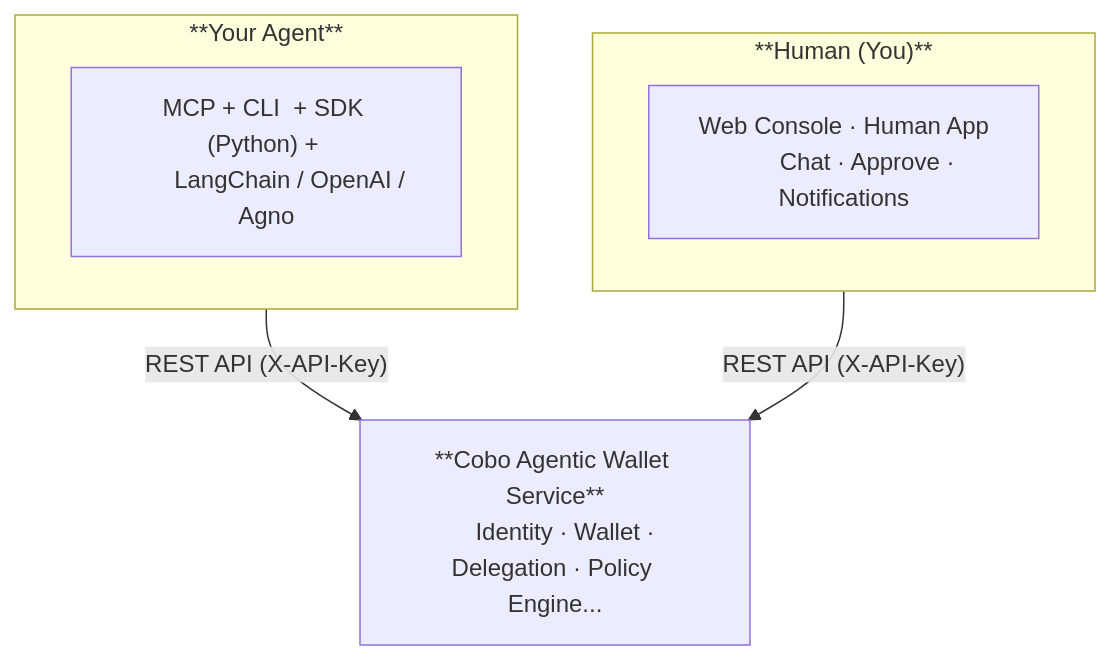
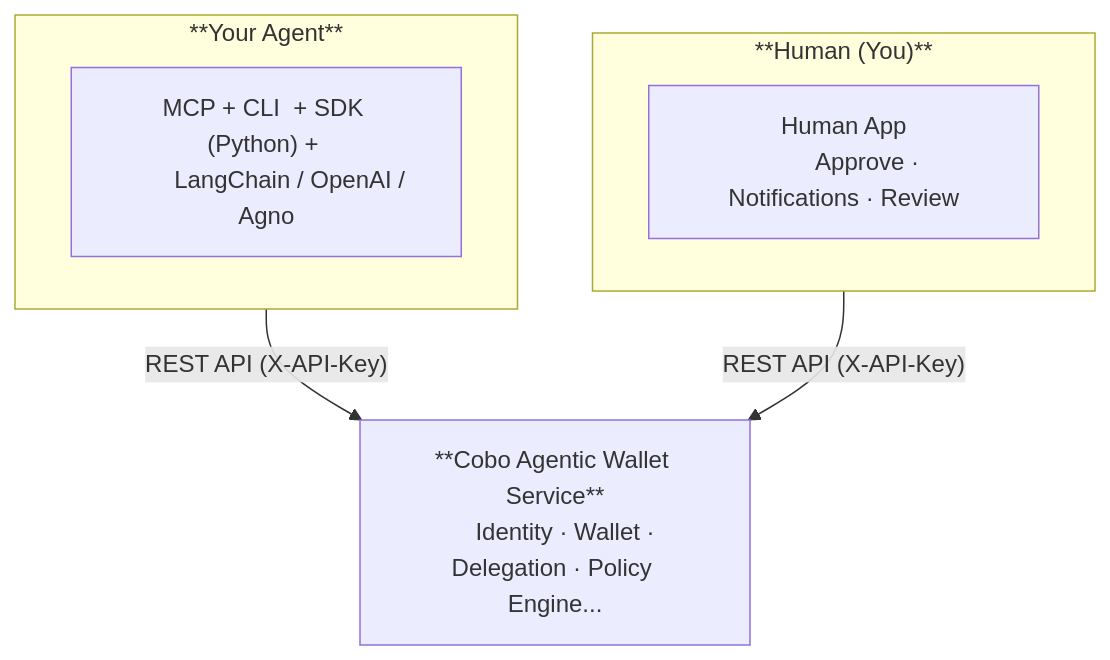
The diagram in products/agentic-wallet/manual/guides/technical-architecture.mdx (CoboGlobal/cobo-agentic-wallet-manual), drawn with Mermaid before and after one commit. The commit also changed other lines of this file and 69 other files, not shown here.

````diff
--- a/products/agentic-wallet/manual/guides/technical-architecture.mdx
+++ b/products/agentic-wallet/manual/guides/technical-architecture.mdx
@@ -8,18 +8,18 @@
 ```mermaid
 flowchart TD
     subgraph AI["**Your Agent**"]
         sdk["MCP + CLI  + SDK (Python) + 
         LangChain / OpenAI / Agno"]
     end
 
     subgraph Human["**Human (You)**"]
-        im["Web Console · Human App
-        Chat · Approve · Notifications"]
+        im["Human App
+        Approve · Notifications · Review"]
     end
 
     core["**Cobo Agentic Wallet Service**
     Identity · Wallet · Delegation · Policy Engine..."]
 
     AI -->|"REST API (X-API-Key)"| core
     Human -->|"REST API (X-API-Key)"| core
 ```
````
